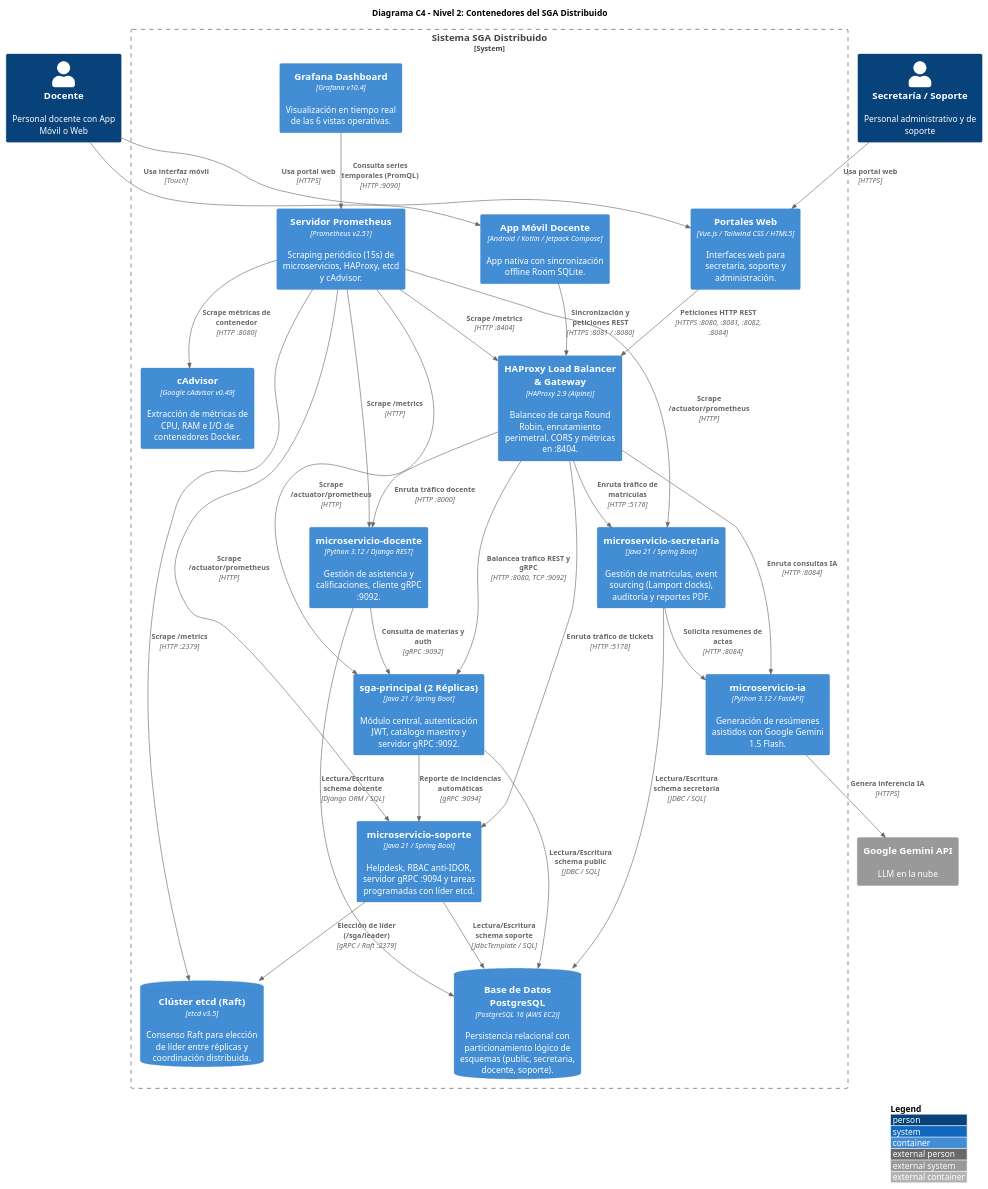
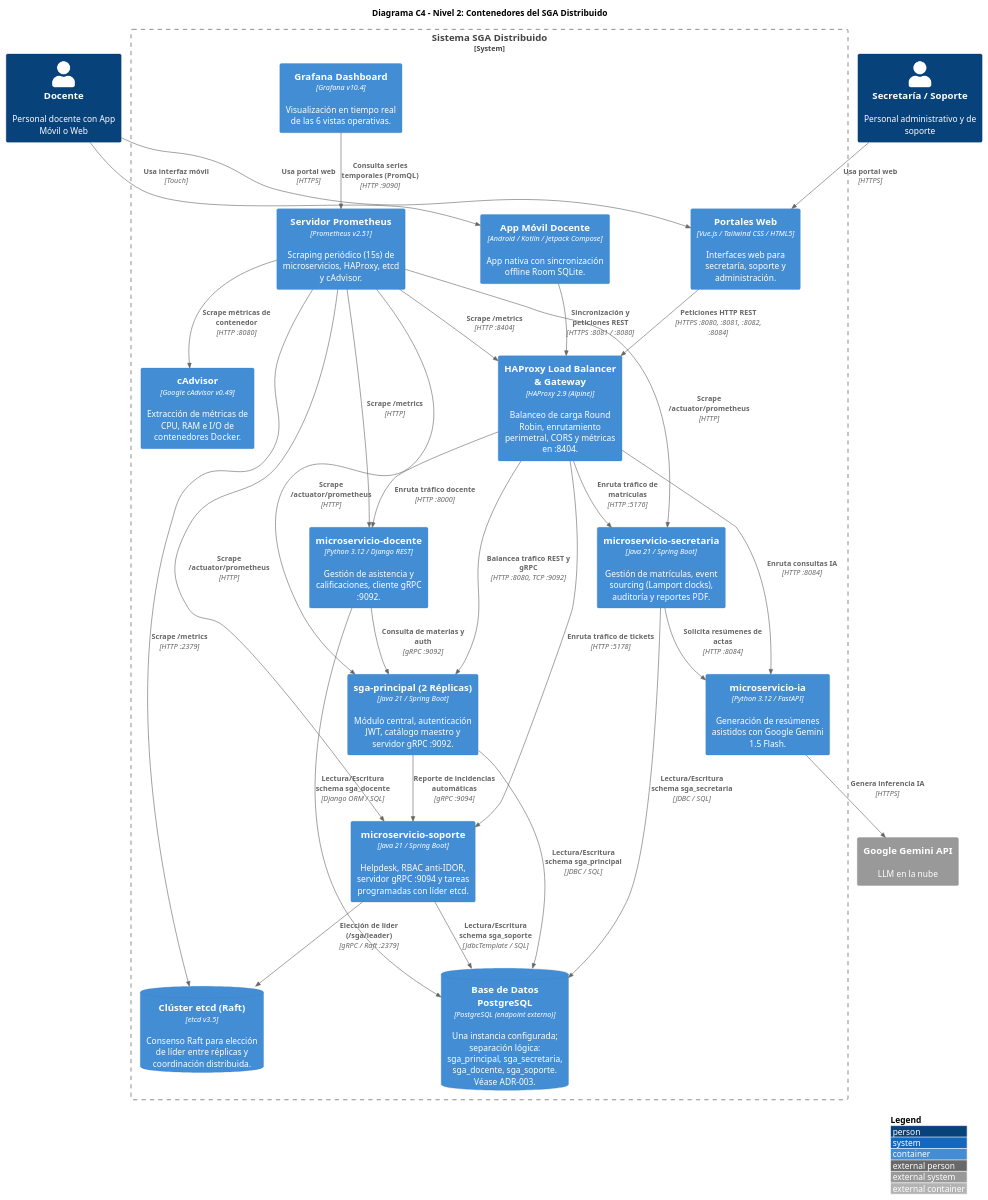
One commit to gleiston-guerrero/acadtrace changed the diagram in docs/diagrams/c4_nivel2_contenedores.puml. Above: the diagram before and after it, drawn with PlantUML. The commit also changed 12 other files, not shown here.

Commit message:
docs(persistencia): alinea arquitectura multiesquema con despliegue real

```diff
--- a/docs/diagrams/c4_nivel2_contenedores.puml
+++ b/docs/diagrams/c4_nivel2_contenedores.puml
@@ -1,67 +1,67 @@
 @startuml C4_Nivel2_Contenedores
 !include https://raw.githubusercontent.com/plantuml-stdlib/C4-PlantUML/master/C4_Container.puml
 
 LAYOUT_WITH_LEGEND()
 
 title Diagrama C4 - Nivel 2: Contenedores del SGA Distribuido
 
 Person(usuario_docente, "Docente", "Personal docente con App Móvil o Web")
 Person(usuario_admin, "Secretaría / Soporte", "Personal administrativo y de soporte")
 
 System_Boundary(c1, "Sistema SGA Distribuido") {
     Container(app_movil, "App Móvil Docente", "Android / Kotlin / Jetpack Compose", "App nativa con sincronización offline Room SQLite.")
     Container(spa_web, "Portales Web", "Vue.js / Tailwind CSS / HTML5", "Interfaces web para secretaría, soporte y administración.")
     
     Container(haproxy, "HAProxy Load Balancer & Gateway", "HAProxy 2.9 (Alpine)", "Balanceo de carga Round Robin, enrutamiento perimetral, CORS y métricas en :8404.")
     
     Container(sga_principal, "sga-principal (2 Réplicas)", "Java 21 / Spring Boot", "Módulo central, autenticación JWT, catálogo maestro y servidor gRPC :9092.")
     Container(ms_secretaria, "microservicio-secretaria", "Java 21 / Spring Boot", "Gestión de matrículas, event sourcing (Lamport clocks), auditoría y reportes PDF.")
     Container(ms_docente, "microservicio-docente", "Python 3.12 / Django REST", "Gestión de asistencia y calificaciones, cliente gRPC :9092.")
     Container(ms_soporte, "microservicio-soporte", "Java 21 / Spring Boot", "Helpdesk, RBAC anti-IDOR, servidor gRPC :9094 y tareas programadas con líder etcd.")
     Container(ms_ia, "microservicio-ia", "Python 3.12 / FastAPI", "Generación de resúmenes asistidos con Google Gemini 1.5 Flash.")
     
-    ContainerDb(db_postgres, "Base de Datos PostgreSQL", "PostgreSQL 16 (AWS EC2)", "Persistencia relacional con particionamiento lógico de esquemas (public, secretaria, docente, soporte).")
+    ContainerDb(db_postgres, "Base de Datos PostgreSQL", "PostgreSQL (endpoint externo)", "Una instancia configurada; separación lógica: sga_principal, sga_secretaria, sga_docente, sga_soporte. Véase ADR-003.")
     ContainerDb(etcd_cluster, "Clúster etcd (Raft)", "etcd v3.5", "Consenso Raft para elección de líder entre réplicas y coordinación distribuida.")
     
     Container(prometheus, "Servidor Prometheus", "Prometheus v2.51", "Scraping periódico (15s) de microservicios, HAProxy, etcd y cAdvisor.")
     Container(cadvisor, "cAdvisor", "Google cAdvisor v0.49", "Extracción de métricas de CPU, RAM e I/O de contenedores Docker.")
     Container(grafana, "Grafana Dashboard", "Grafana v10.4", "Visualización en tiempo real de las 6 vistas operativas.")
 }
 
 System_Ext(gemini_api, "Google Gemini API", "LLM en la nube")
 
 Rel(usuario_docente, app_movil, "Usa interfaz móvil", "Touch")
 Rel(usuario_docente, spa_web, "Usa portal web", "HTTPS")
 Rel(usuario_admin, spa_web, "Usa portal web", "HTTPS")
 
 Rel(app_movil, haproxy, "Sincronización y peticiones REST", "HTTPS :8081 / :8080")
 Rel(spa_web, haproxy, "Peticiones HTTP REST", "HTTPS :8080, :8081, :8082, :8084")
 
 Rel(haproxy, sga_principal, "Balancea tráfico REST y gRPC", "HTTP :8080, TCP :9092")
 Rel(haproxy, ms_secretaria, "Enruta tráfico de matrículas", "HTTP :5176")
 Rel(haproxy, ms_docente, "Enruta tráfico docente", "HTTP :8000")
 Rel(haproxy, ms_soporte, "Enruta tráfico de tickets", "HTTP :5178")
 Rel(haproxy, ms_ia, "Enruta consultas IA", "HTTP :8084")
 
 Rel(ms_docente, sga_principal, "Consulta de materias y auth", "gRPC :9092")
 Rel(sga_principal, ms_soporte, "Reporte de incidencias automáticas", "gRPC :9094")
 Rel(ms_secretaria, ms_ia, "Solicita resúmenes de actas", "HTTP :8084")
 Rel(ms_ia, gemini_api, "Genera inferencia IA", "HTTPS")
 
-Rel(sga_principal, db_postgres, "Lectura/Escritura schema public", "JDBC / SQL")
-Rel(ms_secretaria, db_postgres, "Lectura/Escritura schema secretaria", "JDBC / SQL")
-Rel(ms_docente, db_postgres, "Lectura/Escritura schema docente", "Django ORM / SQL")
-Rel(ms_soporte, db_postgres, "Lectura/Escritura schema soporte", "JdbcTemplate / SQL")
+Rel(sga_principal, db_postgres, "Lectura/Escritura schema sga_principal", "JDBC / SQL")
+Rel(ms_secretaria, db_postgres, "Lectura/Escritura schema sga_secretaria", "JDBC / SQL")
+Rel(ms_docente, db_postgres, "Lectura/Escritura schema sga_docente", "Django ORM / SQL")
+Rel(ms_soporte, db_postgres, "Lectura/Escritura schema sga_soporte", "JdbcTemplate / SQL")
 
 Rel(ms_soporte, etcd_cluster, "Elección de líder (/sga/leader)", "gRPC / Raft :2379")
 
 Rel(prometheus, sga_principal, "Scrape /actuator/prometheus", "HTTP")
 Rel(prometheus, ms_secretaria, "Scrape /actuator/prometheus", "HTTP")
 Rel(prometheus, ms_soporte, "Scrape /actuator/prometheus", "HTTP")
 Rel(prometheus, ms_docente, "Scrape /metrics", "HTTP")
 Rel(prometheus, haproxy, "Scrape /metrics", "HTTP :8404")
 Rel(prometheus, etcd_cluster, "Scrape /metrics", "HTTP :2379")
 Rel(prometheus, cadvisor, "Scrape métricas de contenedor", "HTTP :8080")
 Rel(grafana, prometheus, "Consulta series temporales (PromQL)", "HTTP :9090")
 
 @enduml
```
